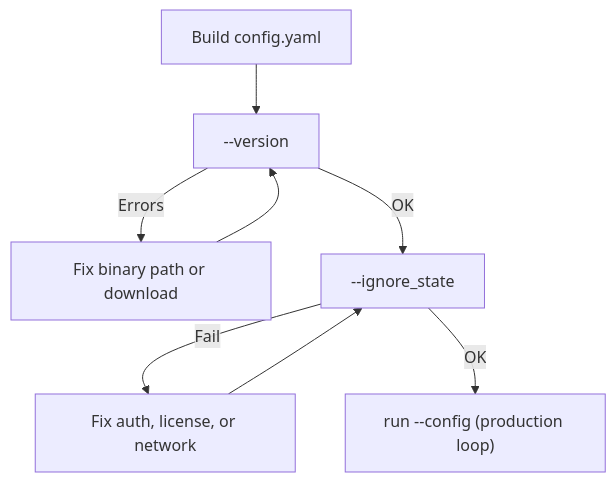
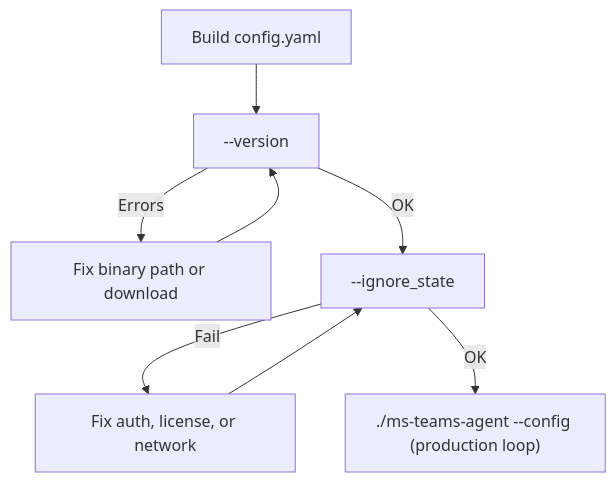
Before and after one commit to Phenisys/microsoft-teams-observability-documentation: the diagram in src/content/docs/collector/v1/installation.mdx, drawn with Mermaid. The commit also changed other lines of this file and 19 other files, not shown here.

````diff
--- a/src/content/docs/collector/v1/installation.mdx
+++ b/src/content/docs/collector/v1/installation.mdx
@@ -118,10 +118,10 @@
 ```mermaid
 flowchart TD
     A[Build config.yaml] --> B[--version]
     B -->|Errors| C[Fix binary path or download]
     C --> B
     B -->|OK| D[--ignore_state]
     D -->|Fail| E[Fix auth, license, or network]
     E --> D
-    D -->|OK| F["run --config (production loop)"]
+    D -->|OK| F["./ms-teams-agent --config (production loop)"]
 ```
````
